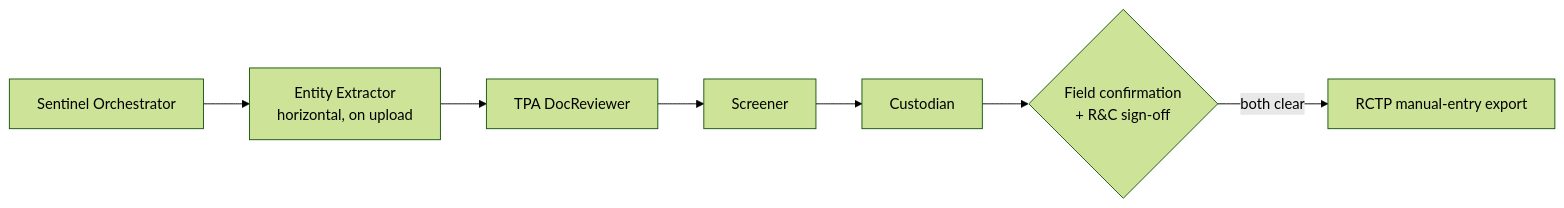
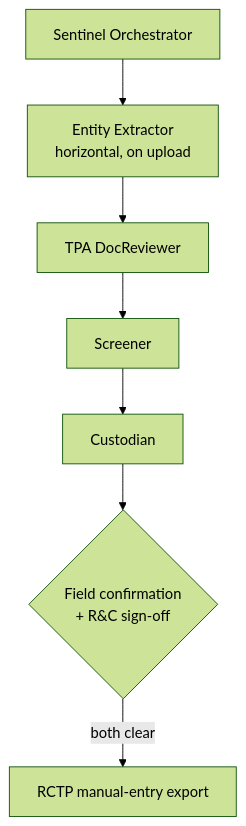
One commit to dayltan-sudo/risk-compliance changed the first of 6 diagrams in README.md. Above: the diagram before and after it, drawn with Mermaid (forest theme). The commit also changed other lines of this file, not shown here.

First line of the commit message:
Remove KYC from Sentinel README, split TPA/Atlas flows into cross-referenced diagrams

````diff
--- a/README.md
+++ b/README.md
@@ -19,9 +19,9 @@
 ```mermaid
-flowchart LR
+flowchart TD
     O[Sentinel Orchestrator] --> Ex[Entity Extractor<br/>horizontal, on upload]
     Ex --> D[TPA DocReviewer]
     D --> S[Screener]
     S --> C[Custodian]
     C --> G{Field confirmation<br/>+ R&C sign-off}
     G -->|both clear| E[RCTP manual-entry export]
 ```
````
